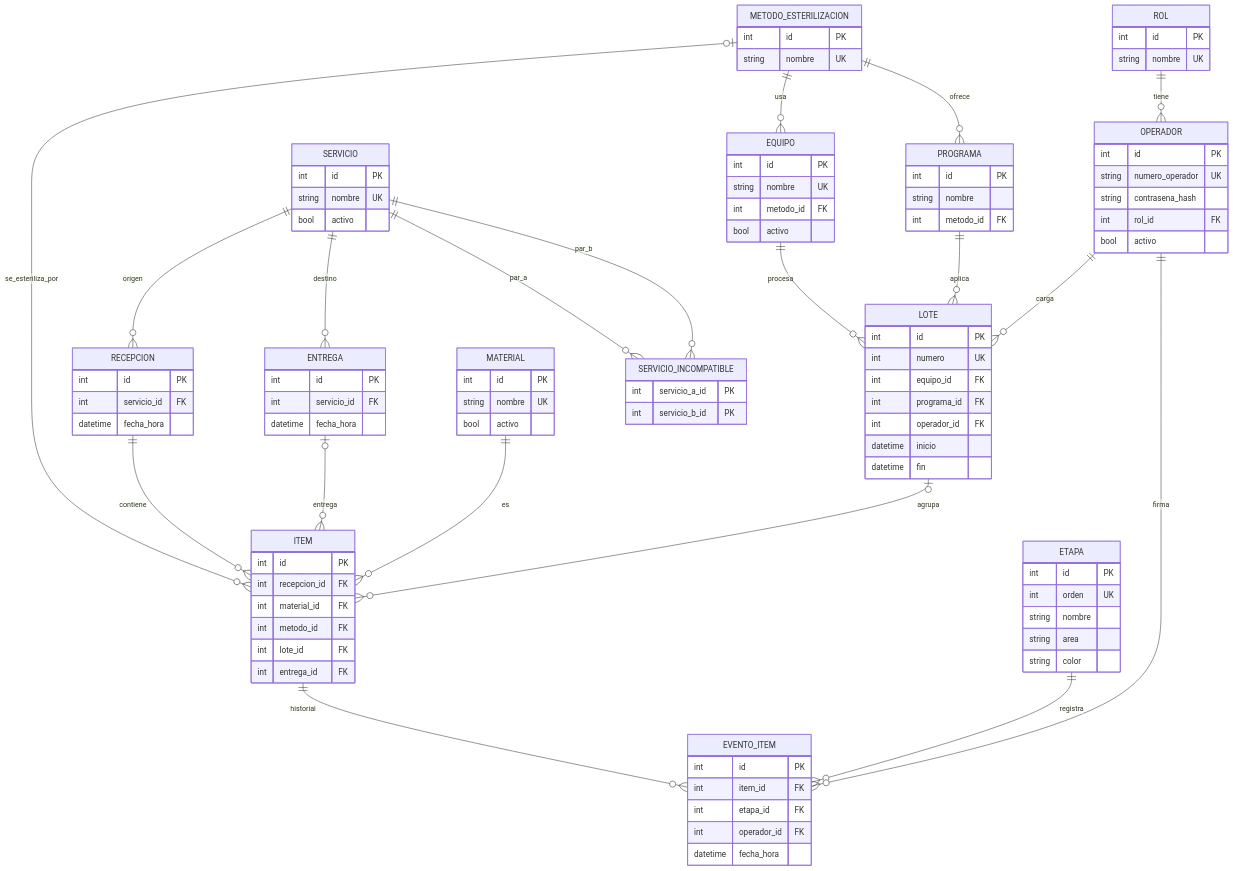
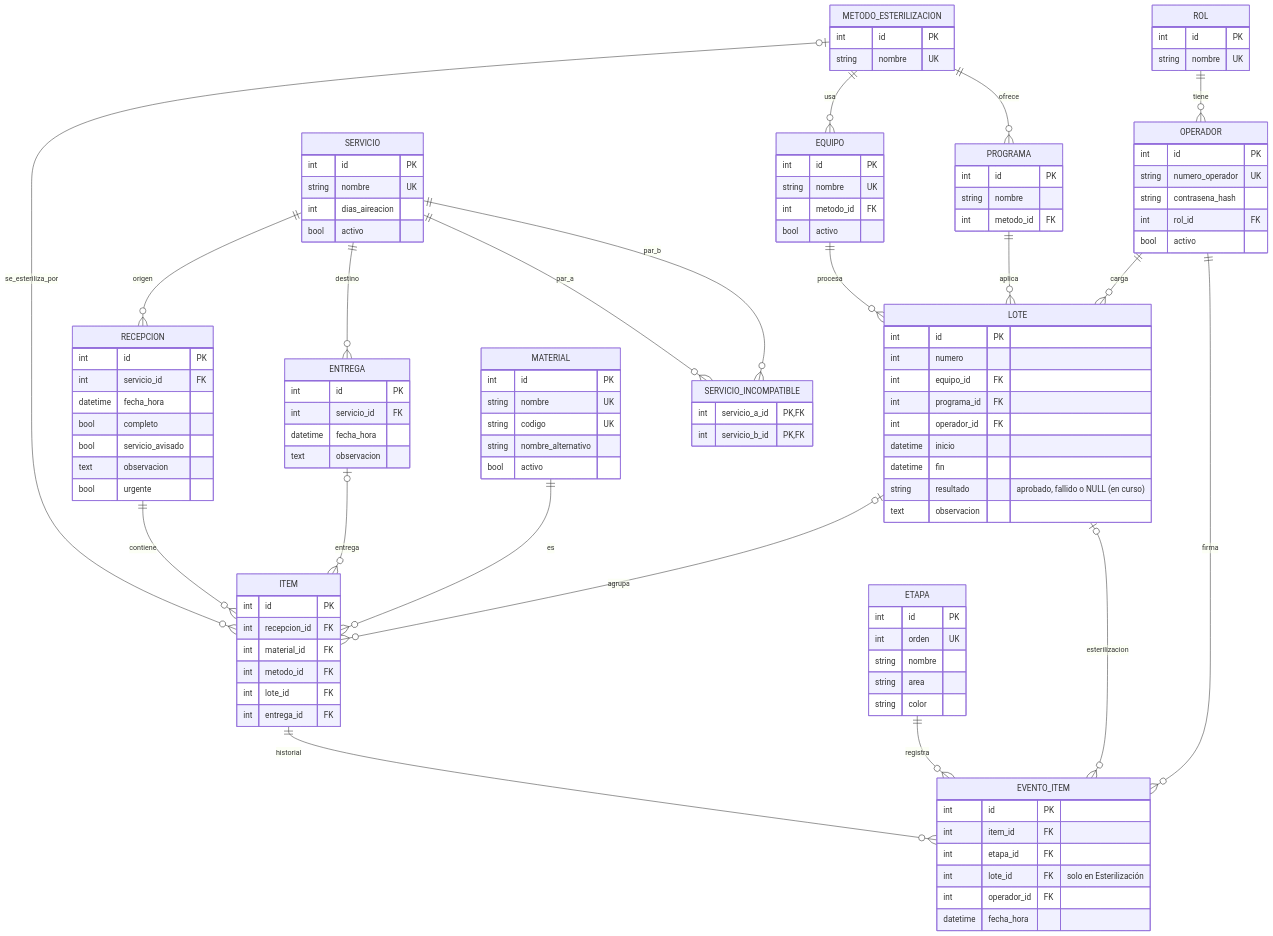
One commit to hernan-wolf-93/ciclo changed the diagram in docs/DER.md. Above: the diagram before and after it, drawn with Mermaid. The commit also changed other lines of this file and 1 other file, not shown here.

```diff
--- a/docs/DER.md
+++ b/docs/DER.md
@@ -33,6 +24,7 @@
     ITEM ||--o{ EVENTO_ITEM : historial
     ETAPA ||--o{ EVENTO_ITEM : registra
     OPERADOR ||--o{ EVENTO_ITEM : firma
+    LOTE |o--o{ EVENTO_ITEM : esterilizacion
 
     ROL {
         int id PK
@@ -48,15 +40,18 @@
     SERVICIO {
         int id PK
         string nombre UK
+        int dias_aireacion
         bool activo
     }
     SERVICIO_INCOMPATIBLE {
-        int servicio_a_id PK
-        int servicio_b_id PK
+        int servicio_a_id PK, FK
+        int servicio_b_id PK, FK
     }
     MATERIAL {
         int id PK
         string nombre UK
+        string codigo UK
+        string nombre_alternativo
         bool activo
     }
     ETAPA {
@@ -85,20 +80,27 @@
         int id PK
         int servicio_id FK
         datetime fecha_hora
+        bool completo
+        bool servicio_avisado
+        text observacion
+        bool urgente
     }
     ENTREGA {
         int id PK
         int servicio_id FK
         datetime fecha_hora
+        text observacion
     }
     LOTE {
         int id PK
-        int numero UK
+        int numero
         int equipo_id FK
         int programa_id FK
         int operador_id FK
         datetime inicio
         datetime fin
+        string resultado "aprobado, fallido o NULL (en curso)"
+        text observacion
     }
     ITEM {
         int id PK
@@ -112,6 +114,7 @@
         int id PK
         int item_id FK
         int etapa_id FK
+        int lote_id FK "solo en Esterilización"
         int operador_id FK
         datetime fecha_hora
     }
```
